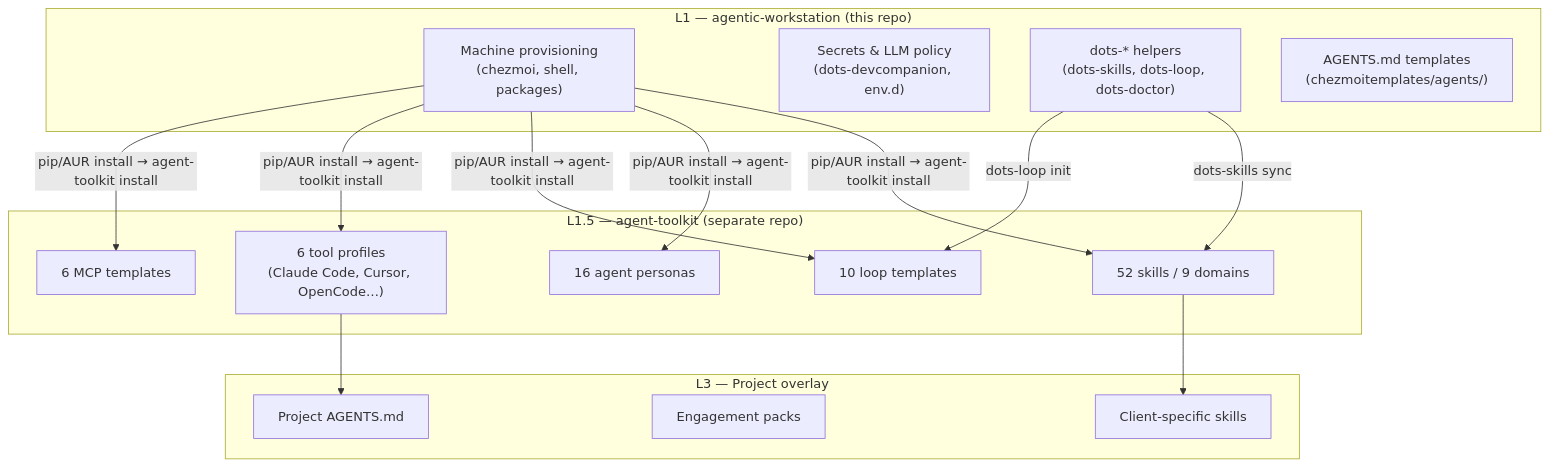
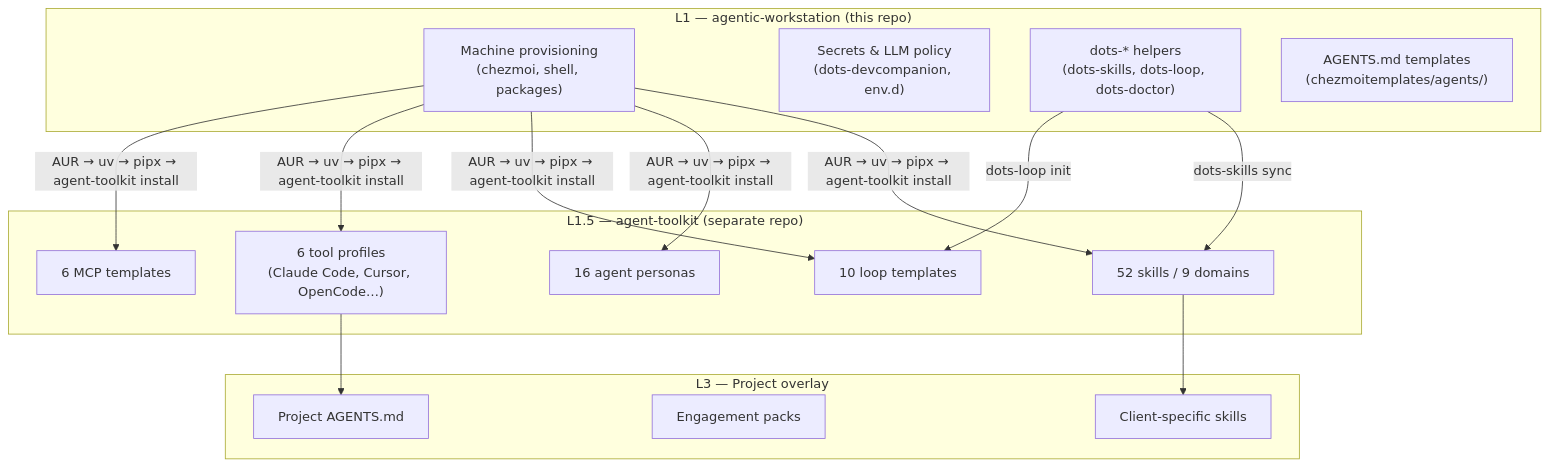
The second of 2 diagrams in docs/ARCHITECTURE.md (ulises-jeremias/agentic-workstation), drawn with Mermaid before and after one commit. The commit also changed other lines of this file and 3 other files, not shown here.

First line of the commit message:
docs: add three-layer architecture SVG and sync toolkit docs (#190)

````diff
--- a/docs/ARCHITECTURE.md
+++ b/docs/ARCHITECTURE.md
@@ -65,33 +67,33 @@
 ```mermaid
 graph TD
     subgraph "L1 — agentic-workstation (this repo)"
         AW1["Machine provisioning<br/>(chezmoi, shell, packages)"]
         AW2["Secrets & LLM policy<br/>(dots-devcompanion, env.d)"]
         AW3["dots-* helpers<br/>(dots-skills, dots-loop, dots-doctor)"]
         AW4["AGENTS.md templates<br/>(chezmoitemplates/agents/)"]
     end
 
     subgraph "L1.5 — agent-toolkit (separate repo)"
         AT1["52 skills / 9 domains"]
         AT2["16 agent personas"]
         AT3["10 loop templates"]
         AT4["6 tool profiles<br/>(Claude Code, Cursor, OpenCode…)"]
         AT5["6 MCP templates"]
     end
 
     subgraph "L3 — Project overlay"
         PO1["Project AGENTS.md"]
         PO2["Engagement packs"]
         PO3["Client-specific skills"]
     end
 
-    AW1 -->|"pip/AUR install → agent-toolkit install"| AT1
-    AW1 -->|"pip/AUR install → agent-toolkit install"| AT2
-    AW1 -->|"pip/AUR install → agent-toolkit install"| AT3
-    AW1 -->|"pip/AUR install → agent-toolkit install"| AT4
-    AW1 -->|"pip/AUR install → agent-toolkit install"| AT5
+    AW1 -->|"AUR → uv → pipx → agent-toolkit install"| AT1
+    AW1 -->|"AUR → uv → pipx → agent-toolkit install"| AT2
+    AW1 -->|"AUR → uv → pipx → agent-toolkit install"| AT3
+    AW1 -->|"AUR → uv → pipx → agent-toolkit install"| AT4
+    AW1 -->|"AUR → uv → pipx → agent-toolkit install"| AT5
     AW3 -->|"dots-skills sync"| AT1
     AW3 -->|"dots-loop init"| AT3
     AT1 --> PO3
     AT4 --> PO1
 ```
````
